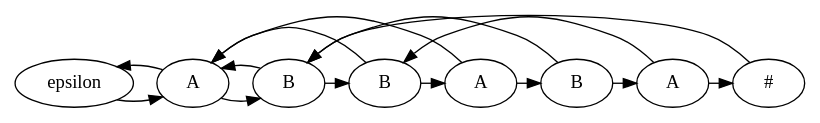
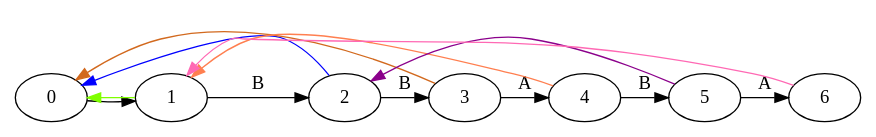
The diagram in output/Automata.gv (s194042/Algo2Helpers), drawn with Graphviz before and after one commit. The commit also changed 15 other files, not shown here.

```diff
--- a/output/Automata.gv
+++ b/output/Automata.gv
@@ -1,30 +1,27 @@
 // png
 digraph Automata {
 	{
 		graph [rankdir=LR]
 		edge [len=2.0]
 		rank=same
-		epsilon [label=epsilon]
-		"#" [label="#"]
-		0 [label=A]
-		1 [label=B]
-		2 [label=B]
-		3 [label=A]
-		4 [label=B]
-		5 [label=A]
+		epsilon [label=0]
+		0 [label=1]
+		1 [label=2]
+		2 [label=3]
+		3 [label=4]
+		4 [label=5]
+		5 [label=6]
 		epsilon -> 0
-		5 -> "#"
-		"#" -> 1
-		0 -> 1
-		1 -> 2
-		2 -> 3
-		3 -> 4
-		4 -> 5
-		0 -> epsilon
-		1 -> 0
-		2 -> 0
-		3 -> 0
-		4 -> 1
-		5 -> 2
+		0 -> 1 [label=B]
+		1 -> 2 [label=B]
+		2 -> 3 [label=A]
+		3 -> 4 [label=B]
+		4 -> 5 [label=A]
+		0 -> epsilon [label="  " color=chartreuse constriant=false tail_port=n]
+		1 -> epsilon [label="  " color=blue constriant=false tail_port=n]
+		2 -> epsilon [label="  " color=chocolate constriant=false tail_port=n]
+		3 -> 0 [label="  " color=coral]
+		4 -> 1 [label="  " color=darkmagenta]
+		5 -> 0 [label="  " color=hotpink]
 	}
 }
```
